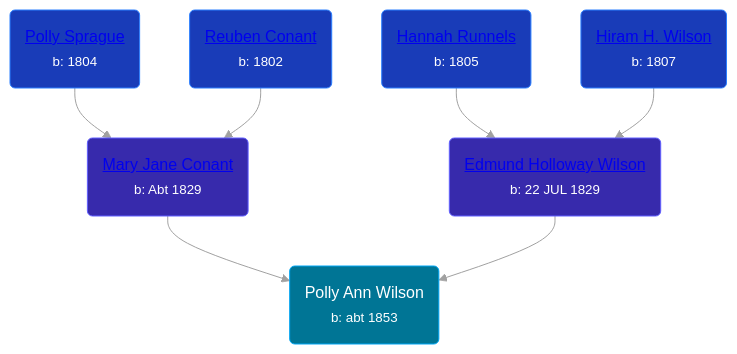
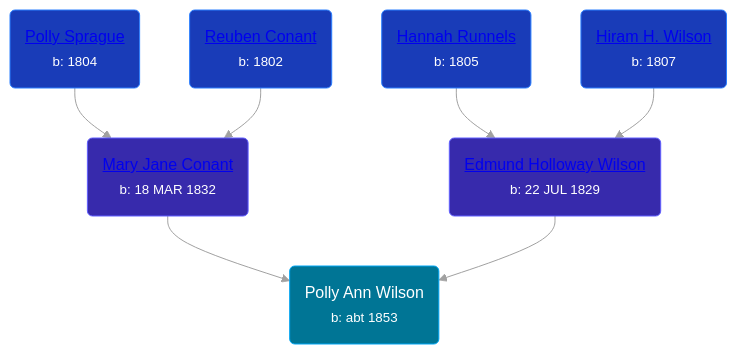
The diagram in pages/people/9/97244328.md (wpmgotkh/wpmgotkh.github.io), drawn with Mermaid (forest theme) before and after one commit. The commit also changed other lines of this file and 257 other files, not shown here.

````diff
--- a/pages/people/9/97244328.md
+++ b/pages/people/9/97244328.md
@@ -11,14 +11,14 @@
 ```mermaid
 graph
 classDef grands fill:#193cb8,stroke:#2b7fff,stroke-width:1px,color:#fff;
 classDef parents fill:#372aac,stroke:#615fff,stroke-width:1px,color:#fff;
 classDef primary fill:#007595,stroke:#00a6f4,stroke-width:1px,color:#fff;
 97244328(Polly Ann Wilson<br /><small>b: abt 1853</small>):::primary
-27722232(<a class="text-white" href="/people/2/27722232">Mary Jane Conant</a><br /><small>b: Abt 1829</small>):::parents-->97244328
+27722232(<a class="text-white" href="/people/2/27722232">Mary Jane Conant</a><br /><small>b: 18 MAR 1832</small>):::parents-->97244328
 53927626(<a class="text-white" href="/people/5/53927626">Polly Sprague</a><br /><small>b: 1804</small>):::grands-->27722232
 72221832(<a class="text-white" href="/people/7/72221832">Reuben Conant</a><br /><small>b: 1802</small>):::grands-->27722232
 67777324(<a class="text-white" href="/people/6/67777324">Edmund Holloway Wilson</a><br /><small>b: 22 JUL 1829</small>):::parents-->97244328
 9135776(<a class="text-white" href="/people/9/9135776">Hannah Runnels</a><br /><small>b: 1805</small>):::grands-->67777324
 82044077(<a class="text-white" href="/people/8/82044077">Hiram H. Wilson</a><br /><small>b: 1807</small>):::grands-->67777324
 linkStyle default stroke:#a1a1a1
 ```
````
